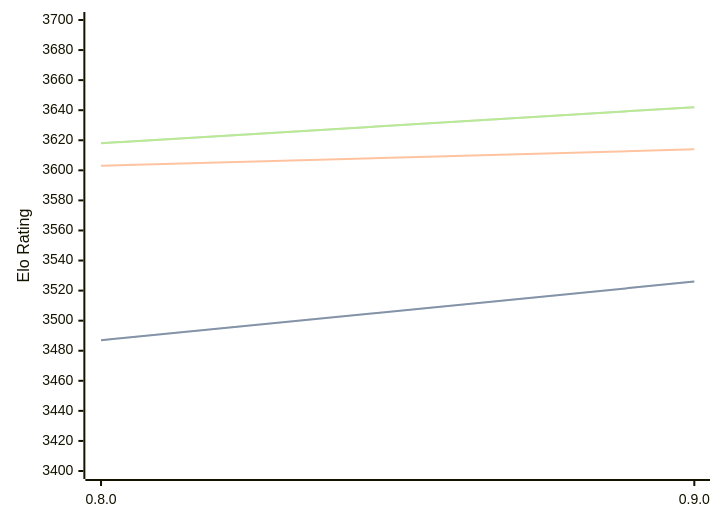
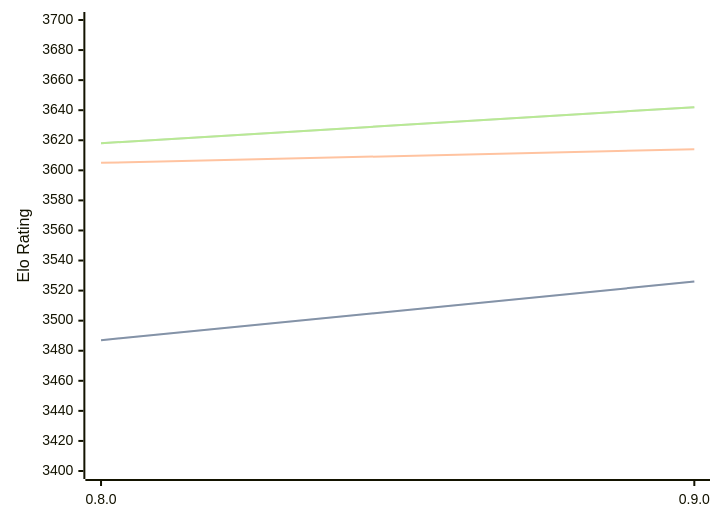
The diagram in engines/Reckless.md (computer-chess-index/cci), drawn with Mermaid before and after one commit. The commit also changed other lines of this file, not shown here.

````diff
--- a/engines/Reckless.md
+++ b/engines/Reckless.md
@@ -39,11 +39,11 @@
 ```mermaid
 %%{init: {"theme":"base","themeVariables":{"seriesColors:['#a3a3a3','#222221','#faa371']}}}%%
 xychart-beta
   x-axis ["0.8.0", "0.9.0"]
   y-axis "Elo Rating" 3400 --> 3700
   line "STC (8.0+0.08s)" [3487, 3526]
   line "STC (8.0+0.08s)" [3487, 3526]
-  line "LTC (60.0+0.60s)" [3603, 3614]
+  line "LTC (60.0+0.60s)" [3605, 3614]
   line "VLTC (2m24s+1.12s)" [3618, 3642]
   line "VLTC (2m24s+1.12s)" [3618, 3642]
 ```
````
